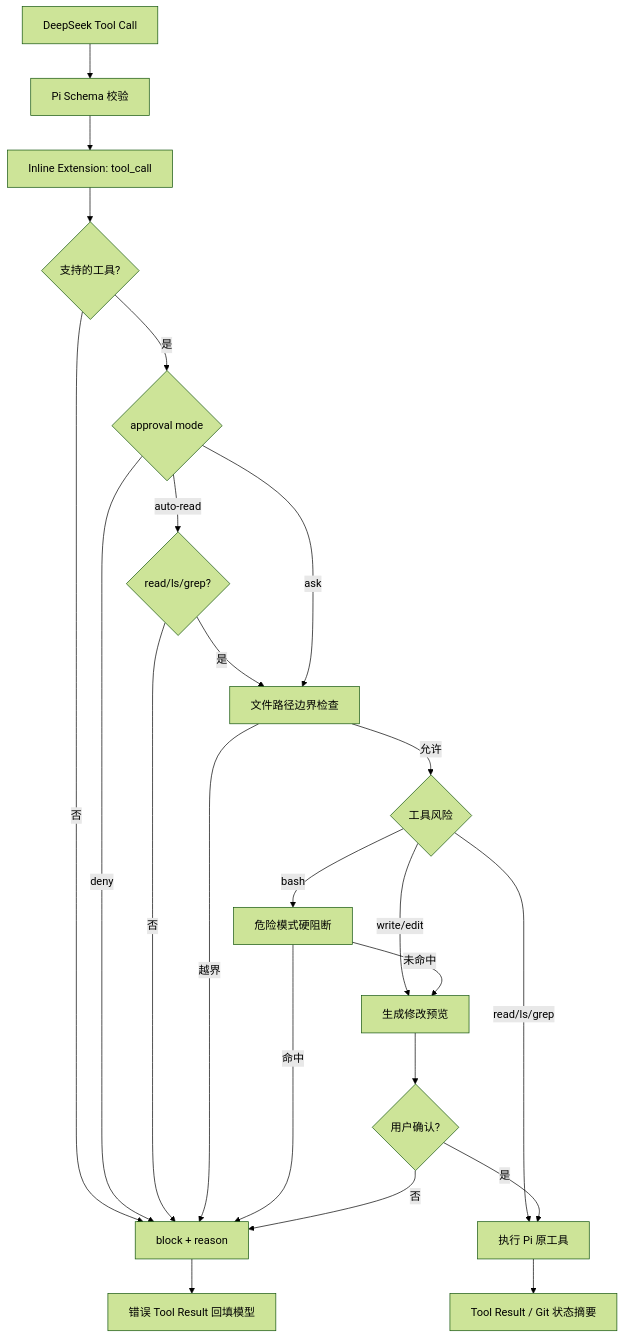
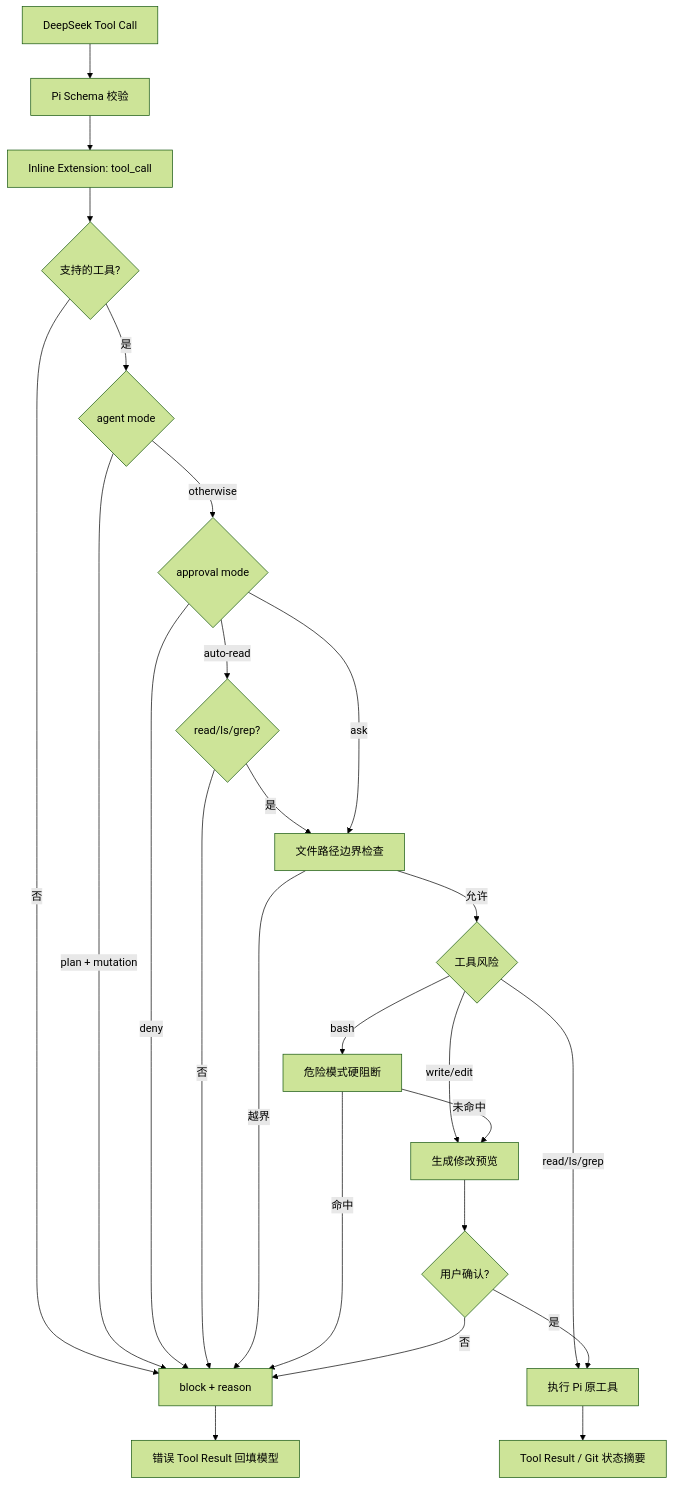
One commit to haotangyuan/deepseek-coding-agent changed the diagram in docs/tool-safety.md. Above: the diagram before and after it, drawn with Mermaid (forest theme). The commit also changed other lines of this file and 13 other files, not shown here.

````diff
--- a/docs/tool-safety.md
+++ b/docs/tool-safety.md
@@ -25,25 +32,27 @@
 ```mermaid
 flowchart TD
     Model["DeepSeek Tool Call"] --> Schema["Pi Schema 校验"]
     Schema --> Hook["Inline Extension: tool_call"]
     Hook --> Supported{"支持的工具?"}
     Supported -->|否| Block["block + reason"]
-    Supported -->|是| Mode{"approval mode"}
+    Supported -->|是| AgentMode{"agent mode"}
+    AgentMode -->|plan + mutation| Block
+    AgentMode -->|otherwise| Mode{"approval mode"}
     Mode -->|deny| Block
     Mode -->|auto-read| ReadOnly{"read/ls/grep?"}
     ReadOnly -->|否| Block
     ReadOnly -->|是| Path
     Mode -->|ask| Path["文件路径边界检查"]
     Path -->|越界| Block
     Path -->|允许| Risk{"工具风险"}
     Risk -->|read/ls/grep| Execute["执行 Pi 原工具"]
     Risk -->|write/edit| Preview["生成修改预览"]
     Risk -->|bash| Command["危险模式硬阻断"]
     Command -->|命中| Block
     Command -->|未命中| Preview
     Preview --> Approval{"用户确认?"}
     Approval -->|否| Block
     Approval -->|是| Execute
     Block --> ToolError["错误 Tool Result 回填模型"]
     Execute --> Result["Tool Result / Git 状态摘要"]
 ```
````
